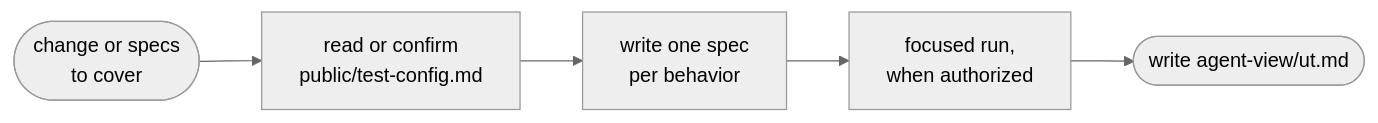
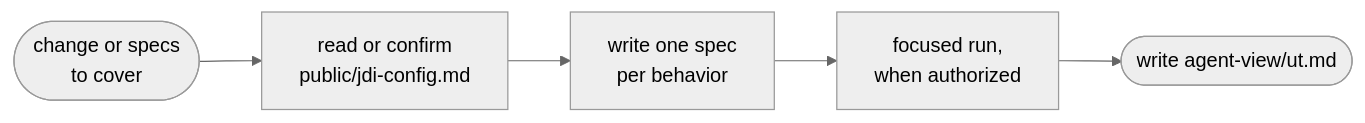
One commit to le0u0/just-do-it changed the diagram in docs/go-ut.md. Above: the diagram before and after it, drawn with Mermaid (neutral theme). The commit also changed other lines of this file and 31 other files, not shown here.

````diff
--- a/docs/go-ut.md
+++ b/docs/go-ut.md
@@ -7,7 +7,7 @@
 ```mermaid
 flowchart LR
-    IN([change or specs<br/>to cover]) --> S[read or confirm<br/>public/test-config.md]
+    IN([change or specs<br/>to cover]) --> S[read or confirm<br/>public/jdi-config.md]
     S --> W[write one spec<br/>per behavior]
     W --> R[focused run,<br/>when authorized]
     R --> O([write agent-view/ut.md])
 ```
````
